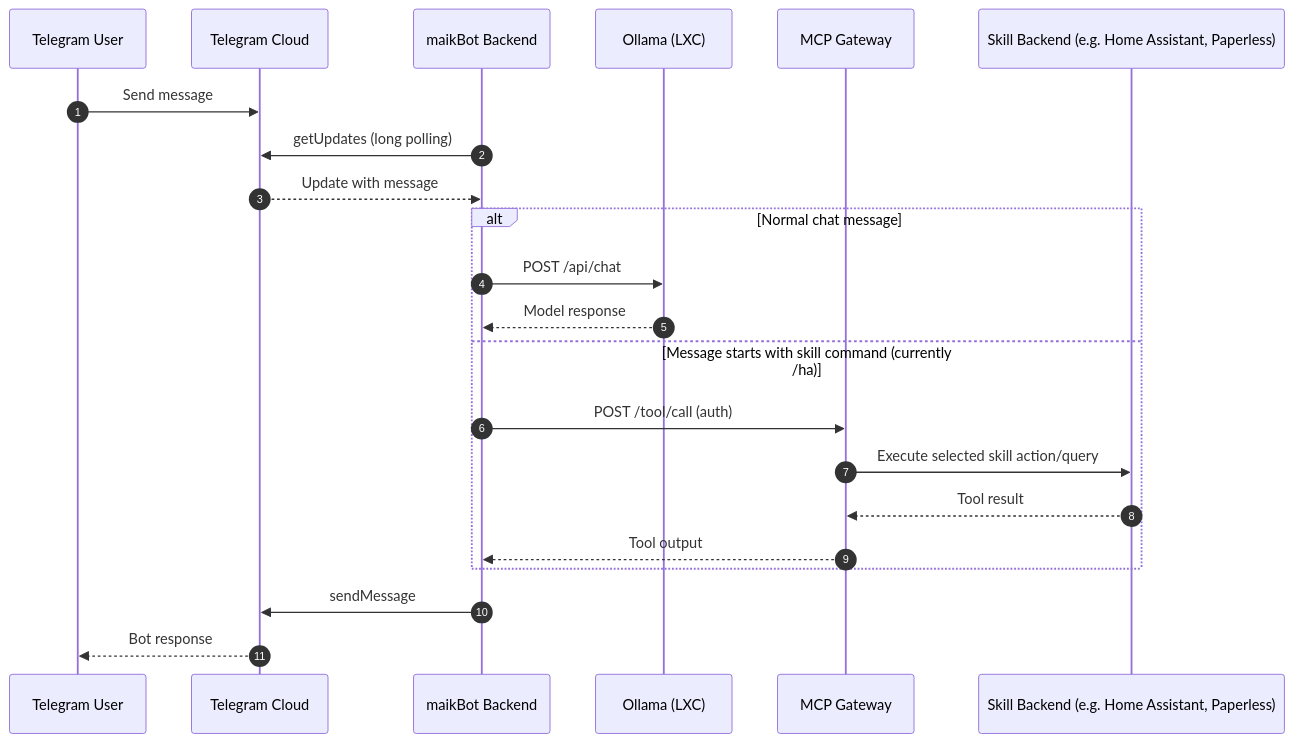
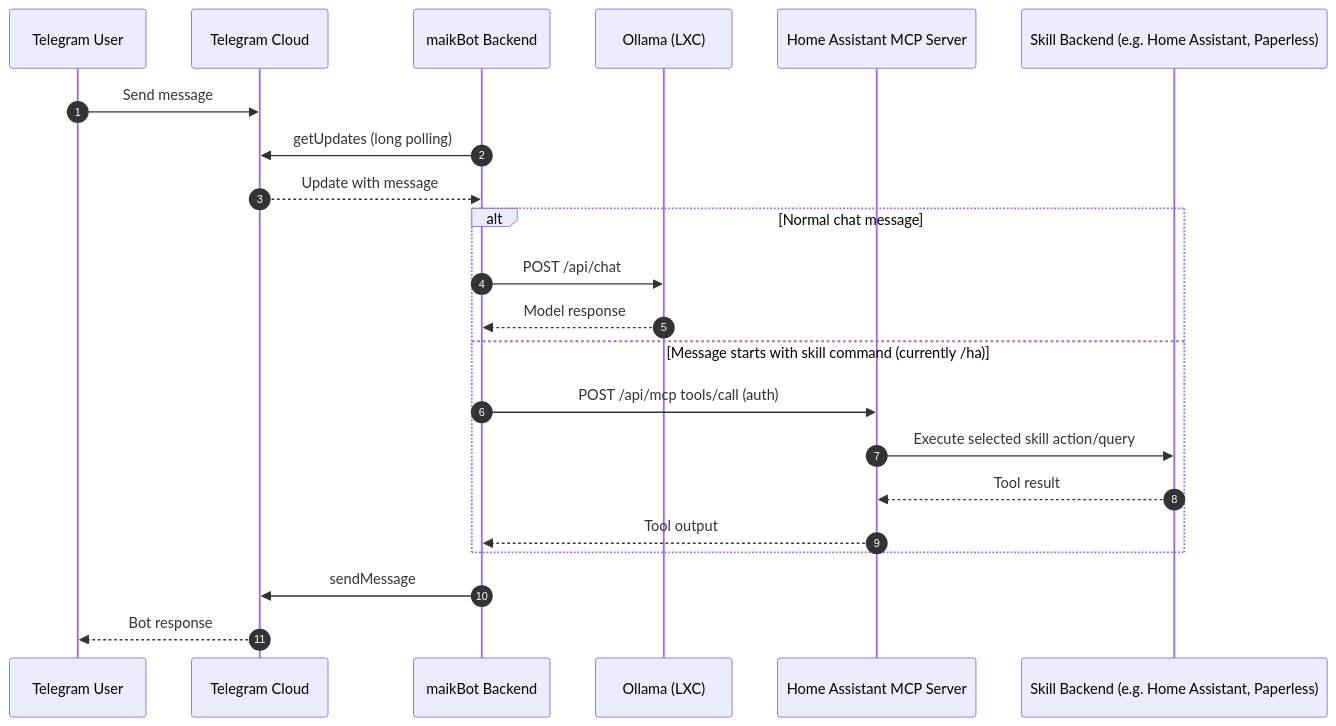
The second of 2 diagrams in README.md (MaikUnglert/maikBot), drawn with Mermaid before and after one commit. The commit also changed other lines of this file and 14 other files, not shown here.

Commit message:
Refactor to multi-MCP host architecture and improve agent tooling

````diff
--- a/README.md
+++ b/README.md
@@ -49,27 +49,27 @@
 ```mermaid
 sequenceDiagram
     autonumber
     participant U as Telegram User
     participant TG as Telegram Cloud
     participant B as maikBot Backend
     participant O as Ollama (LXC)
-    participant M as MCP Gateway
+    participant M as Home Assistant MCP Server
     participant S as Skill Backend (e.g. Home Assistant, Paperless)
 
     U->>TG: Send message
     B->>TG: getUpdates (long polling)
     TG-->>B: Update with message
 
     alt Normal chat message
         B->>O: POST /api/chat
         O-->>B: Model response
     else Message starts with skill command (currently /ha)
-        B->>M: POST /tool/call (auth)
+        B->>M: POST /api/mcp tools/call (auth)
         M->>S: Execute selected skill action/query
         S-->>M: Tool result
         M-->>B: Tool output
     end
 
     B->>TG: sendMessage
     TG-->>U: Bot response
 ```
````
